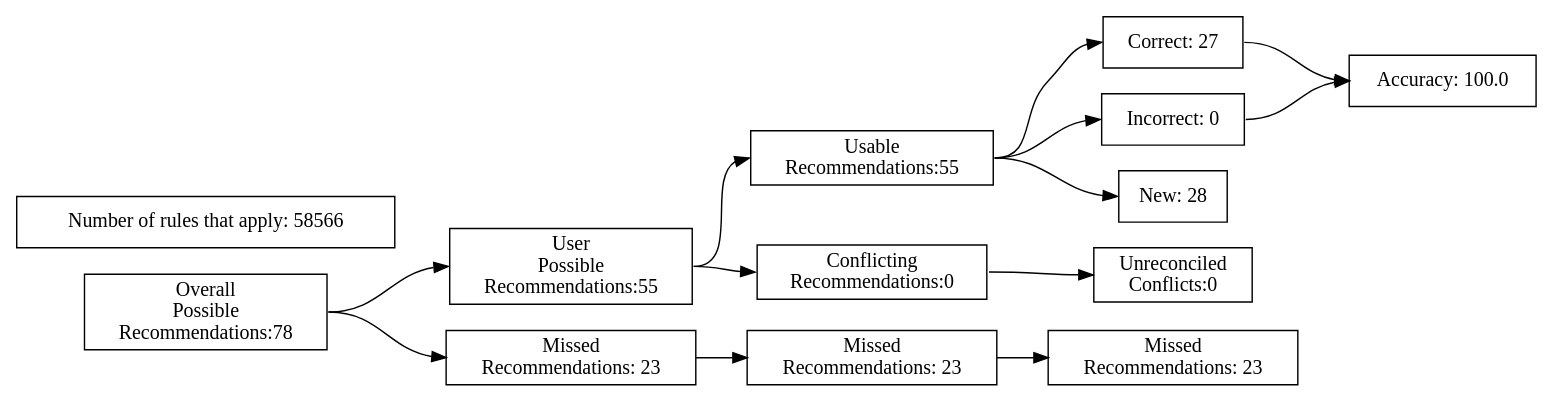
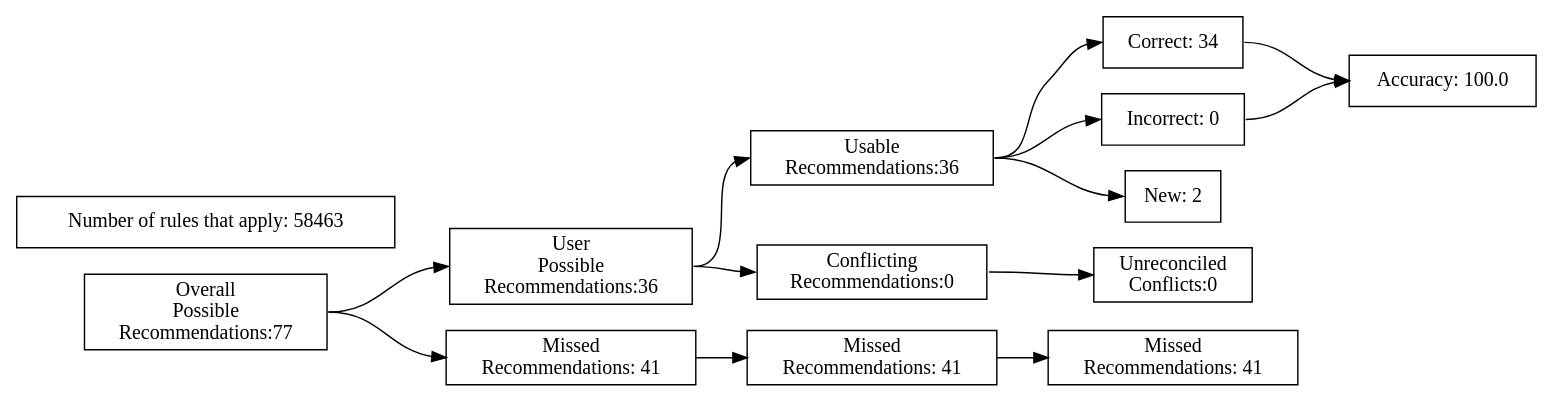
The diagram in test_renders/87.gv (ZaxR/ibd_diet_analysis), drawn with Graphviz before and after one commit. The commit also changed 224 other files, not shown here.

Commit message:
Add model summary chart; fix typos

```diff
--- a/test_renders/87.gv
+++ b/test_renders/87.gv
@@ -1,40 +1,40 @@
 digraph {
 	graph [rankdir=LR]
 	node [pos=r shape=box]
 	edge [headport=w tailport=e]
 		A [label="Overall
 Possible
-Recommendations:78"]
+Recommendations:77"]
 		B [label="User
 Possible
-Recommendations:55"]
+Recommendations:36"]
 		C [label="Missed
-Recommendations: 23"]
+Recommendations: 41"]
 		D [label="Usable
-Recommendations:55"]
+Recommendations:36"]
 		E [label="Conflicting
 Recommendations:0"]
 		J [label="Missed
-Recommendations: 23"]
+Recommendations: 41"]
 		M [label="Unreconciled
 Conflicts:0"]
-		F [label="Correct: 27"]
+		F [label="Correct: 34"]
 		G [label="Incorrect: 0"]
-		H [label="New: 28"]
+		H [label="New: 2"]
 		K [label="Missed
-Recommendations: 23"]
+Recommendations: 41"]
 		I [label="Accuracy: 100.0"]
-		l [label="Number of rules that apply: 58566"]
+		l [label="Number of rules that apply: 58463"]
 			A -> B
 			A -> C
 			B -> D
 			B -> E
 			D -> F
 			D -> G
 			D -> H
 			F -> I
 			G -> I
 			C -> J
 			J -> K
 			E -> M
 }
```
